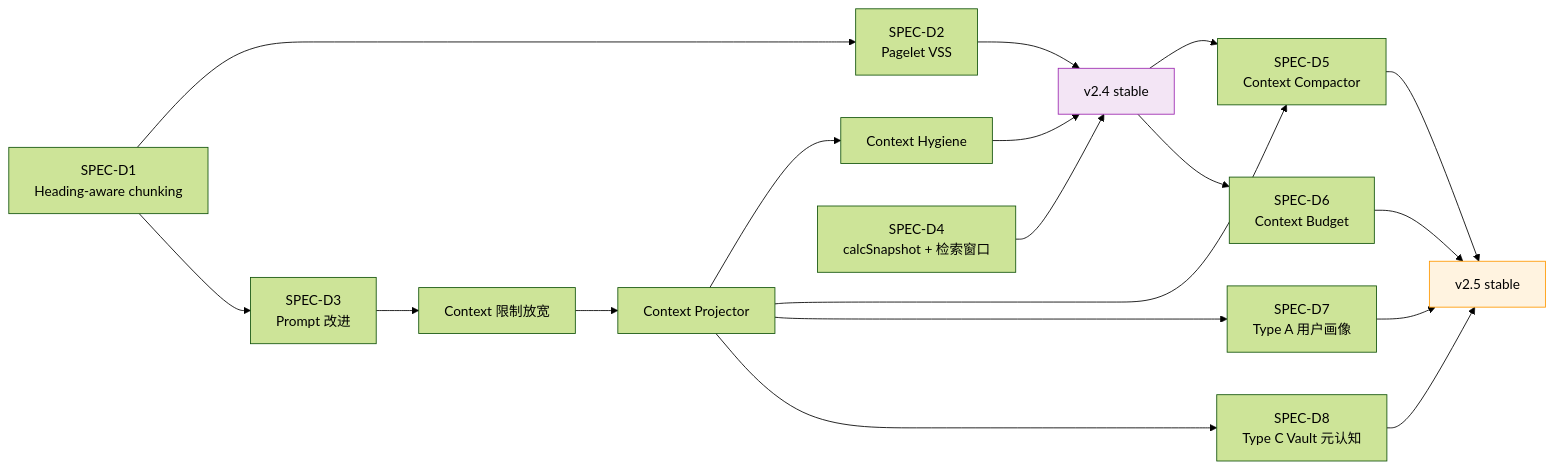
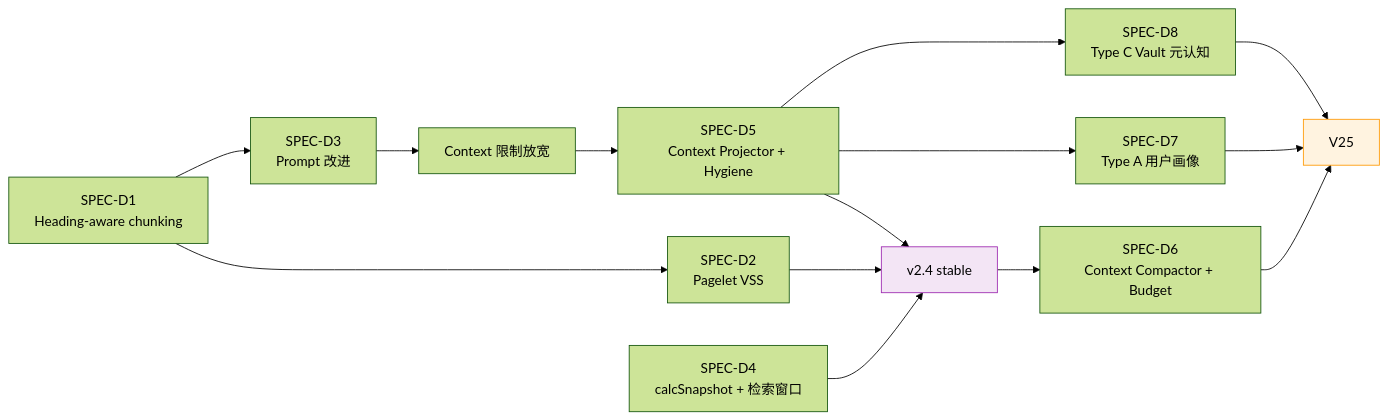
The first of 3 diagrams in docs/sdd-ai-insight-foundation.md (edonyzpc/personal-assistant), drawn with Mermaid (forest theme) before and after one commit. The commit also changed other lines of this file and 10 other files, not shown here.

````diff
--- a/docs/sdd-ai-insight-foundation.md
+++ b/docs/sdd-ai-insight-foundation.md
@@ -41,24 +41,20 @@
 ```mermaid
 graph LR
     D1[SPEC-D1<br/>Heading-aware chunking] --> D2[SPEC-D2<br/>Pagelet VSS]
     D1 --> D3[SPEC-D3<br/>Prompt 改进]
     D3 --> LIMITS[Context 限制放宽]
-    LIMITS --> PROJ[Context Projector]
-    PROJ --> HYG[Context Hygiene]
-    HYG --> V24[v2.4 stable]
+    LIMITS --> D5[SPEC-D5<br/>Context Projector + Hygiene]
+    D5 --> V24[v2.4 stable]
     D2 --> V24
     D4[SPEC-D4<br/>calcSnapshot + 检索窗口] --> V24
 
-    V24 --> D5[SPEC-D5<br/>Context Compactor]
-    V24 --> D6[SPEC-D6<br/>Context Budget]
-    PROJ --> D5
-    PROJ --> D7[SPEC-D7<br/>Type A 用户画像]
-    PROJ --> D8[SPEC-D8<br/>Type C Vault 元认知]
-    D5 --> V25[v2.5 stable]
+    V24 --> D6[SPEC-D6<br/>Context Compactor + Budget]
+    D5 --> D7[SPEC-D7<br/>Type A 用户画像]
+    D5 --> D8[SPEC-D8<br/>Type C Vault 元认知]
     D6 --> V25
     D7 --> V25
     D8 --> V25
 
     style V24 fill:#f3e5f5,stroke:#9c27b0
     style V25 fill:#fff3e0,stroke:#ff9800
 ```
````
